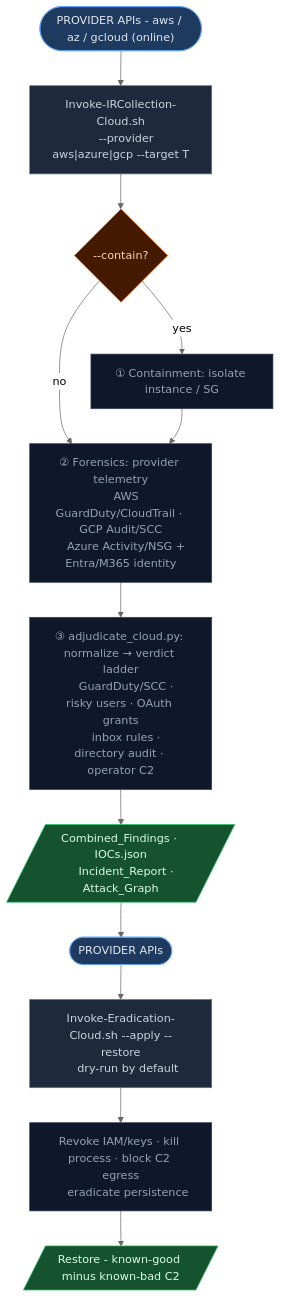
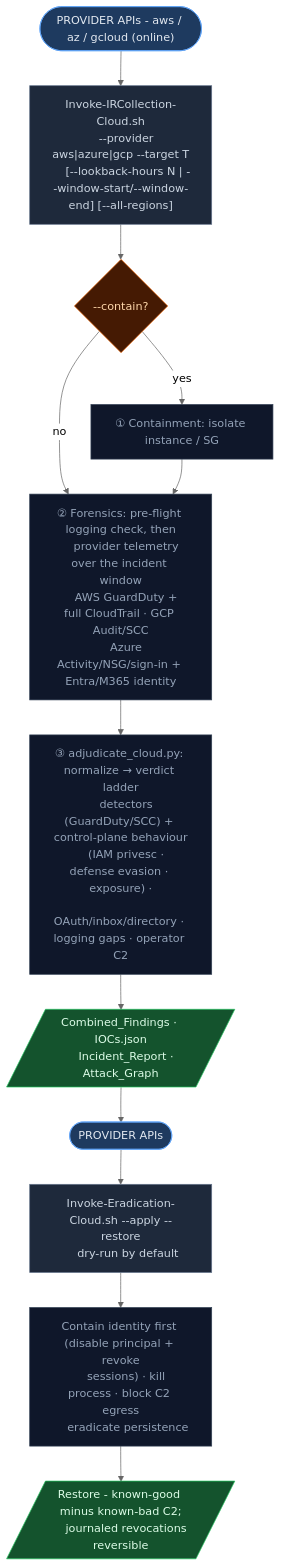
One commit to robert-iw3/ir_toolkit changed the diagram in WORKFLOW-CLOUD.md. Above: the diagram before and after it, drawn with Mermaid (neutral theme). The commit also changed other lines of this file and 22 other files, not shown here.

Commit message:
could spend a lifetime covering windows attack vectors.... start cloud backlog

````diff
--- a/WORKFLOW-CLOUD.md
+++ b/WORKFLOW-CLOUD.md
@@ -13,30 +13,35 @@
 ```mermaid
 flowchart TD
     B0(["PROVIDER APIs - aws / az / gcloud (online)"]):::phase
     B0 --> B1["Invoke-IRCollection-Cloud.sh
-    --provider aws|azure|gcp --target T"]:::tool
+    --provider aws|azure|gcp --target T
+    [--lookback-hours N | --window-start/--window-end] [--all-regions]"]:::tool
     B1 --> B2{"--contain?"}:::decision
     B2 -->|yes| B3["① Containment: isolate instance / SG"]:::step
     B2 -->|no| B4
-    B3 --> B4["② Forensics: provider telemetry
-    AWS GuardDuty/CloudTrail · GCP Audit/SCC
-    Azure Activity/NSG + Entra/M365 identity"]:::step
+    B3 --> B4["② Forensics: pre-flight logging check, then
+    provider telemetry over the incident window
+    AWS GuardDuty + full CloudTrail · GCP Audit/SCC
+    Azure Activity/NSG/sign-in + Entra/M365 identity"]:::step
     B4 --> B5["③ adjudicate_cloud.py: normalize → verdict ladder
-    GuardDuty/SCC · risky users · OAuth grants
-    inbox rules · directory audit · operator C2"]:::step
+    detectors (GuardDuty/SCC) + control-plane behaviour
+    (IAM privesc · defense evasion · exposure) ·
+    OAuth/inbox/directory · logging gaps · operator C2"]:::step
     B5 --> B6[/"Combined_Findings · IOCs.json
     Incident_Report · Attack_Graph"/]:::artifact
 
     B6 --> D0(["PROVIDER APIs"]):::phase
     D0 --> D1["Invoke-Eradication-Cloud.sh --apply --restore
     dry-run by default"]:::tool
-    D1 --> D2["Revoke IAM/keys · kill process · block C2 egress
+    D1 --> D2["Contain identity first (disable principal + revoke
+    sessions) · kill process · block C2 egress
     eradicate persistence"]:::step
-    D2 --> D3[/"Restore - known-good minus known-bad C2"/]:::artifact
+    D2 --> D3[/"Restore - known-good minus known-bad C2;
+    journaled revocations reversible"/]:::artifact
 
     classDef phase fill:#1e3a5f,stroke:#60a5fa,color:#e2e8f0,rx:20
     classDef tool  fill:#1e293b,stroke:#64748b,color:#cbd5e1
     classDef step  fill:#0f172a,stroke:#334155,color:#94a3b8
     classDef artifact fill:#14532d,stroke:#22c55e,color:#dcfce7
     classDef decision fill:#451a03,stroke:#f97316,color:#fed7aa
 ```
````
